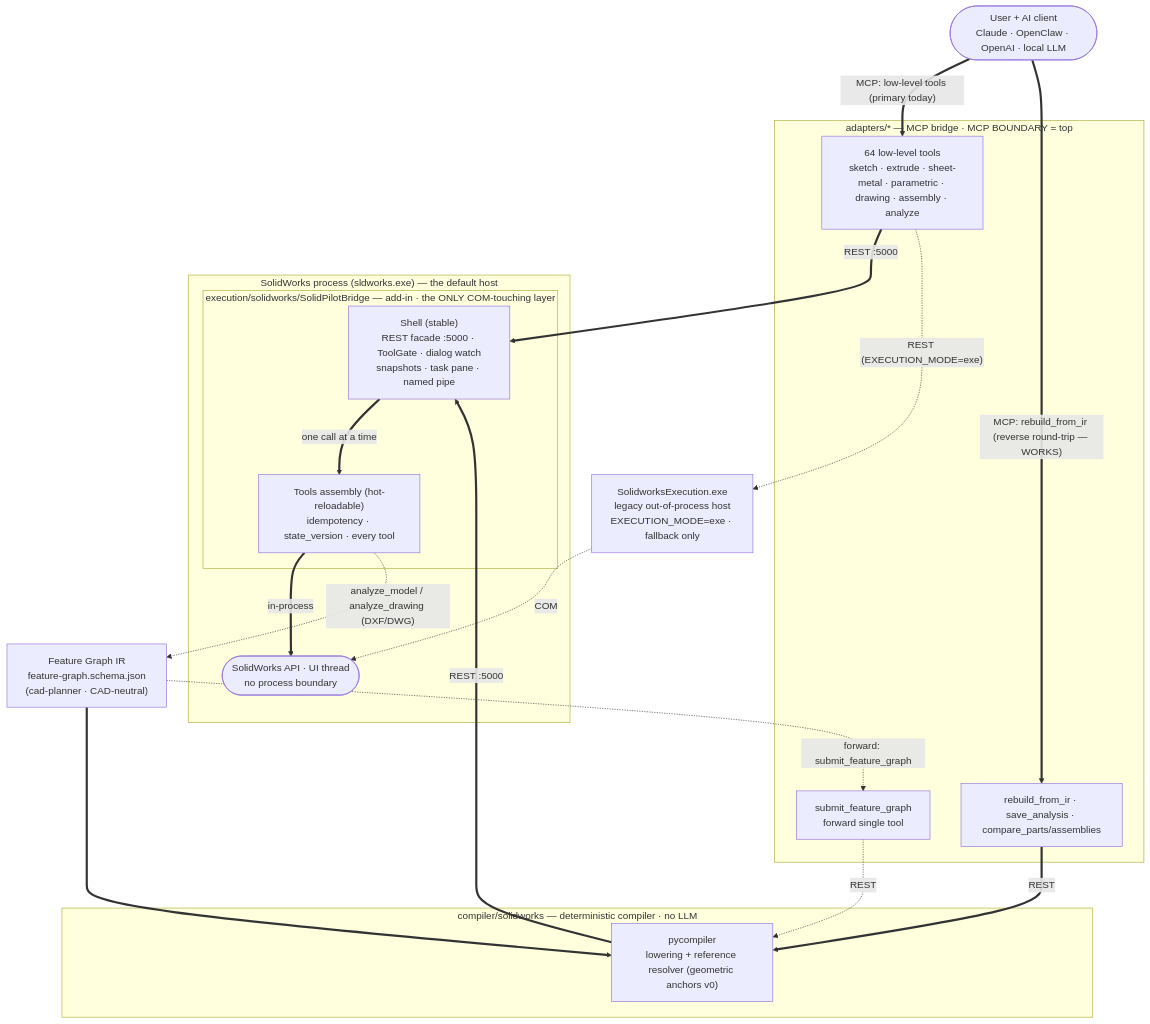
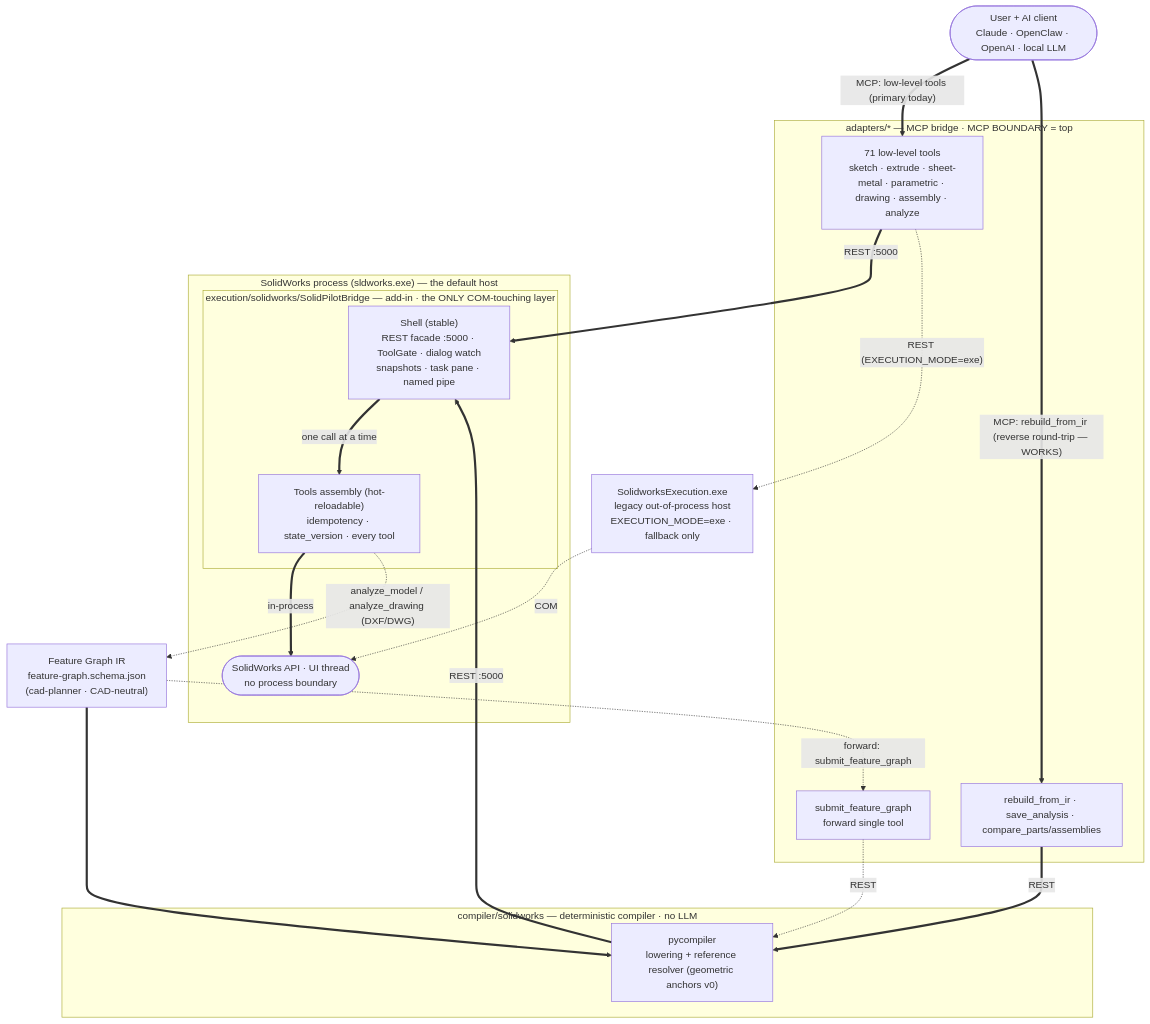
Before and after one commit to MFlego/SolidMetalPilot: the diagram in README.md, drawn with Mermaid. The commit also changed other lines of this file and 38 other files, not shown here.

````diff
--- a/README.md
+++ b/README.md
@@ -49,47 +49,47 @@
 ```mermaid
 flowchart TD
     U(["User + AI client<br/>Claude · OpenClaw · OpenAI · local LLM"])
 
     subgraph ADAPT["adapters/* — MCP bridge · MCP BOUNDARY = top"]
-        LOW["64 low-level tools<br/>sketch · extrude · sheet-metal · parametric · drawing · assembly · analyze"]
+        LOW["71 low-level tools<br/>sketch · extrude · sheet-metal · parametric · drawing · assembly · analyze"]
         RIR["rebuild_from_ir · save_analysis · compare_parts/assemblies"]
         SFG["submit_feature_graph<br/>forward single tool"]
     end
 
     IR["Feature Graph IR<br/>feature-graph.schema.json<br/>(cad-planner · CAD-neutral)"]
 
     subgraph COMP["compiler/solidworks — deterministic compiler · no LLM"]
         CO["pycompiler<br/>lowering + reference resolver (geometric anchors v0)"]
     end
 
     subgraph SWP["SolidWorks process (sldworks.exe) — the default host"]
         subgraph BR["execution/solidworks/SolidPilotBridge — add-in · the ONLY COM-touching layer"]
             SH["Shell (stable)<br/>REST facade :5000 · ToolGate · dialog watch<br/>snapshots · task pane · named pipe"]
             TL["Tools assembly (hot-reloadable)<br/>idempotency · state_version · every tool"]
         end
         API(["SolidWorks API · UI thread<br/>no process boundary"])
     end
 
     EXE["SolidworksExecution.exe<br/>legacy out-of-process host<br/>EXECUTION_MODE=exe · fallback only"]
 
     %% Working today (thick)
     U == "MCP: low-level tools (primary today)" ==> LOW
     LOW == "REST :5000" ==> SH
     U == "MCP: rebuild_from_ir (reverse round-trip — WORKS)" ==> RIR
     IR ==> CO
     RIR == "REST" ==> CO
     CO == "REST :5000" ==> SH
     SH == "one call at a time" ==> TL
     TL == "in-process" ==> API
 
     %% Fallback host (dotted): same REST contract and the same tool source, in its own process
     LOW -. "REST (EXECUTION_MODE=exe)" .-> EXE
     EXE -. "COM" .-> API
 
     %% Reverse discovery step: read an existing part → propose an IR
     TL -. "analyze_model / analyze_drawing (DXF/DWG)" .-> IR
 
     %% Planned forward collapse (dashed)
     IR -. "forward: submit_feature_graph" .-> SFG
     SFG -. "REST" .-> CO
 ```
````
